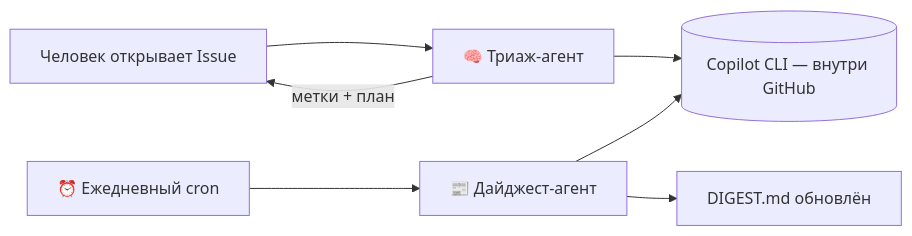
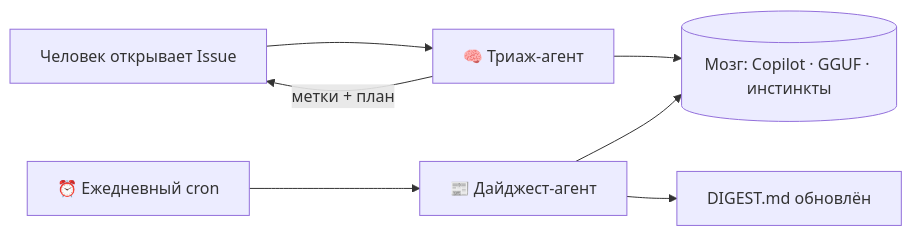
One commit to rtynbirf/polymat-hive changed the diagram in README.md. Above: the diagram before and after it, drawn with Mermaid. The commit also changed other lines of this file, not shown here.

Commit message:
🧬 кузня v3: трёхэтажный мозг — README.md

````diff
--- a/README.md
+++ b/README.md
@@ -26,9 +26,9 @@
 ```mermaid
 flowchart LR
     A[Человек открывает Issue] --> B["🧠 Триаж-агент"]
     B -- "метки + план" --> A
     C[⏰ Ежедневный cron] --> D["📰 Дайджест-агент"]
     D --> E[DIGEST.md обновлён]
-    B --> F[(Copilot CLI — внутри GitHub)]
+    B --> F[(Мозг: Copilot · GGUF · инстинкты)]
     D --> F
 ```
````
